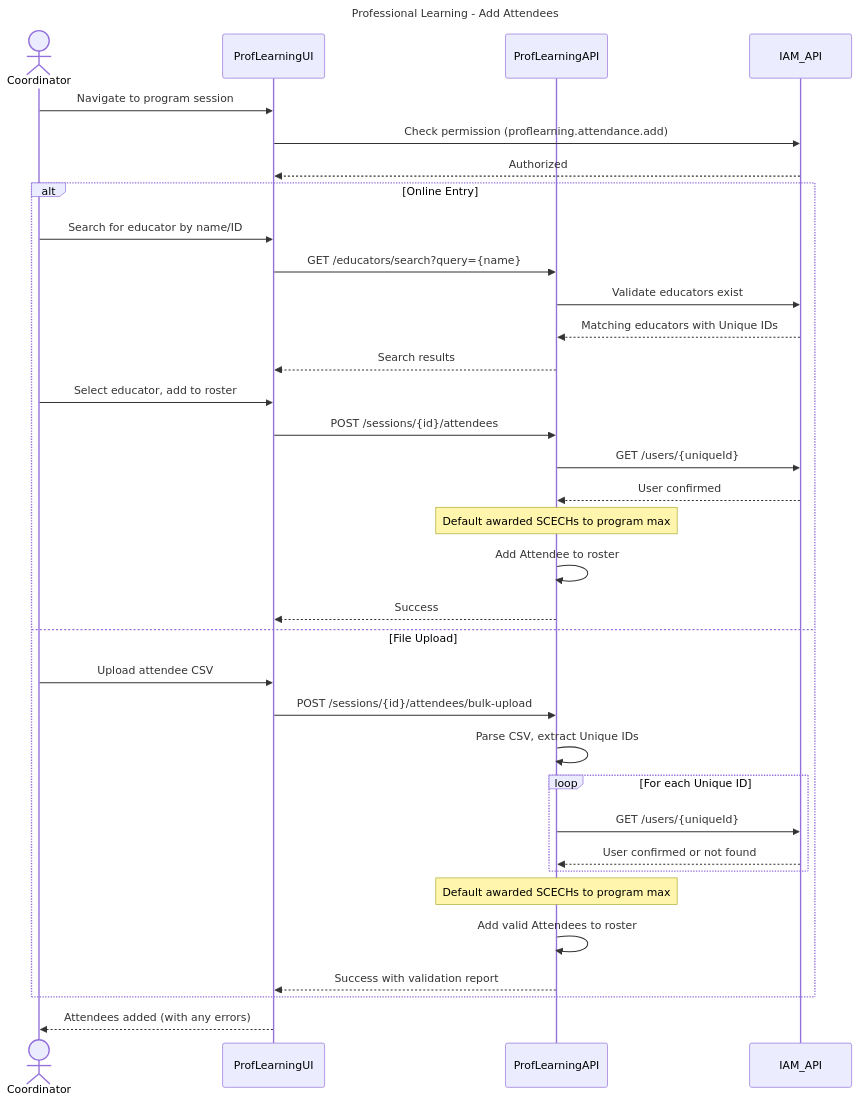
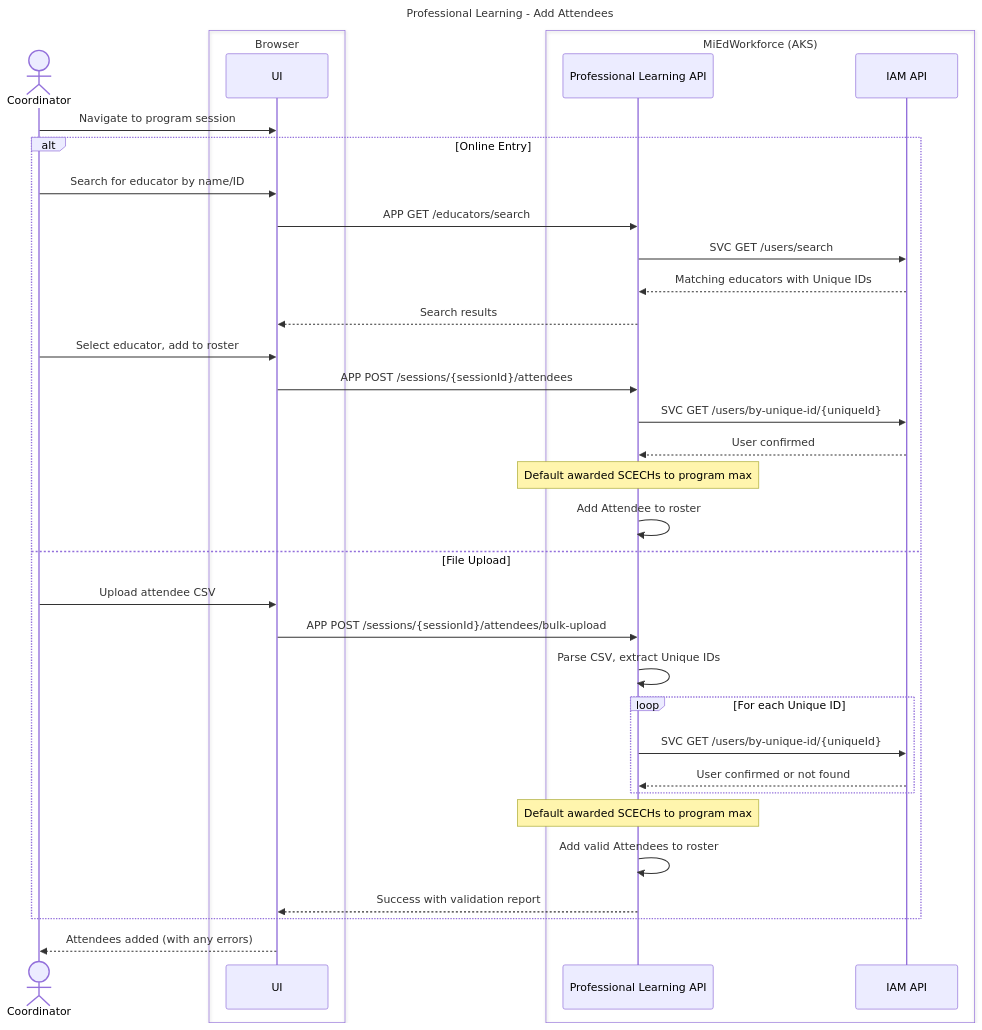
One commit to mnichols-dl/mied-design changed the third of 10 diagrams in working-docs/solution-areas/proflearning/proflearning-sequences.md. Above: the diagram before and after it, drawn with Mermaid. The commit also changed other lines of this file and 34 other files, not shown here.

Commit message:
Update sequences and perform RTM assessment

````diff
--- a/working-docs/solution-areas/proflearning/proflearning-sequences.md
+++ b/working-docs/solution-areas/proflearning/proflearning-sequences.md
@@ -121,43 +131,44 @@
 ```mermaid
 ---
 title: Professional Learning - Add Attendees
 ---
 sequenceDiagram
     actor Coordinator
-    participant ProfLearningUI
-    participant ProfLearningAPI
-    participant IAM_API
-    
-    Coordinator->>ProfLearningUI: Navigate to program session
-    ProfLearningUI->>IAM_API: Check permission (proflearning.attendance.add)
-    IAM_API-->>ProfLearningUI: Authorized
-    
+    box Browser
+        participant UI as UI
+    end
+    box MiEdWorkforce (AKS)
+        participant ProfLearningApi as Professional Learning API
+        participant IamApi as IAM API
+    end
+
+    Coordinator->>UI: Navigate to program session
+
     alt Online Entry
-        Coordinator->>ProfLearningUI: Search for educator by name/ID
-        ProfLearningUI->>ProfLearningAPI: GET /educators/search?query={name}
-        ProfLearningAPI->>IAM_API: Validate educators exist
-        IAM_API-->>ProfLearningAPI: Matching educators with Unique IDs
-        ProfLearningAPI-->>ProfLearningUI: Search results
-        
-        Coordinator->>ProfLearningUI: Select educator, add to roster
-        ProfLearningUI->>ProfLearningAPI: POST /sessions/{id}/attendees
-        ProfLearningAPI->>IAM_API: GET /users/{uniqueId}
-        IAM_API-->>ProfLearningAPI: User confirmed
-        Note over ProfLearningAPI: Default awarded SCECHs to program max
-        ProfLearningAPI->>ProfLearningAPI: Add Attendee to roster
-        ProfLearningAPI-->>ProfLearningUI: Success
+        Coordinator->>UI: Search for educator by name/ID
+        UI->>ProfLearningApi: APP GET /educators/search
+        ProfLearningApi->>IamApi: SVC GET /users/search
+        IamApi-->>ProfLearningApi: Matching educators with Unique IDs
+        ProfLearningApi-->>UI: Search results
+
+        Coordinator->>UI: Select educator, add to roster
+        UI->>ProfLearningApi: APP POST /sessions/{sessionId}/attendees
+        ProfLearningApi->>IamApi: SVC GET /users/by-unique-id/{uniqueId}
+        IamApi-->>ProfLearningApi: User confirmed
+        Note over ProfLearningApi: Default awarded SCECHs to program max
+        ProfLearningApi->>ProfLearningApi: Add Attendee to roster
     else File Upload
-        Coordinator->>ProfLearningUI: Upload attendee CSV
-        ProfLearningUI->>ProfLearningAPI: POST /sessions/{id}/attendees/bulk-upload
-        ProfLearningAPI->>ProfLearningAPI: Parse CSV, extract Unique IDs
+        Coordinator->>UI: Upload attendee CSV
+        UI->>ProfLearningApi: APP POST /sessions/{sessionId}/attendees/bulk-upload
+        ProfLearningApi->>ProfLearningApi: Parse CSV, extract Unique IDs
         loop For each Unique ID
-            ProfLearningAPI->>IAM_API: GET /users/{uniqueId}
-            IAM_API-->>ProfLearningAPI: User confirmed or not found
+            ProfLearningApi->>IamApi: SVC GET /users/by-unique-id/{uniqueId}
+            IamApi-->>ProfLearningApi: User confirmed or not found
         end
-        Note over ProfLearningAPI: Default awarded SCECHs to program max
-        ProfLearningAPI->>ProfLearningAPI: Add valid Attendees to roster
-        ProfLearningAPI-->>ProfLearningUI: Success with validation report
+        Note over ProfLearningApi: Default awarded SCECHs to program max
+        ProfLearningApi->>ProfLearningApi: Add valid Attendees to roster
+        ProfLearningApi-->>UI: Success with validation report
     end
-    
-    ProfLearningUI-->>Coordinator: Attendees added (with any errors)
+
+    UI-->>Coordinator: Attendees added (with any errors)
 ```
````
